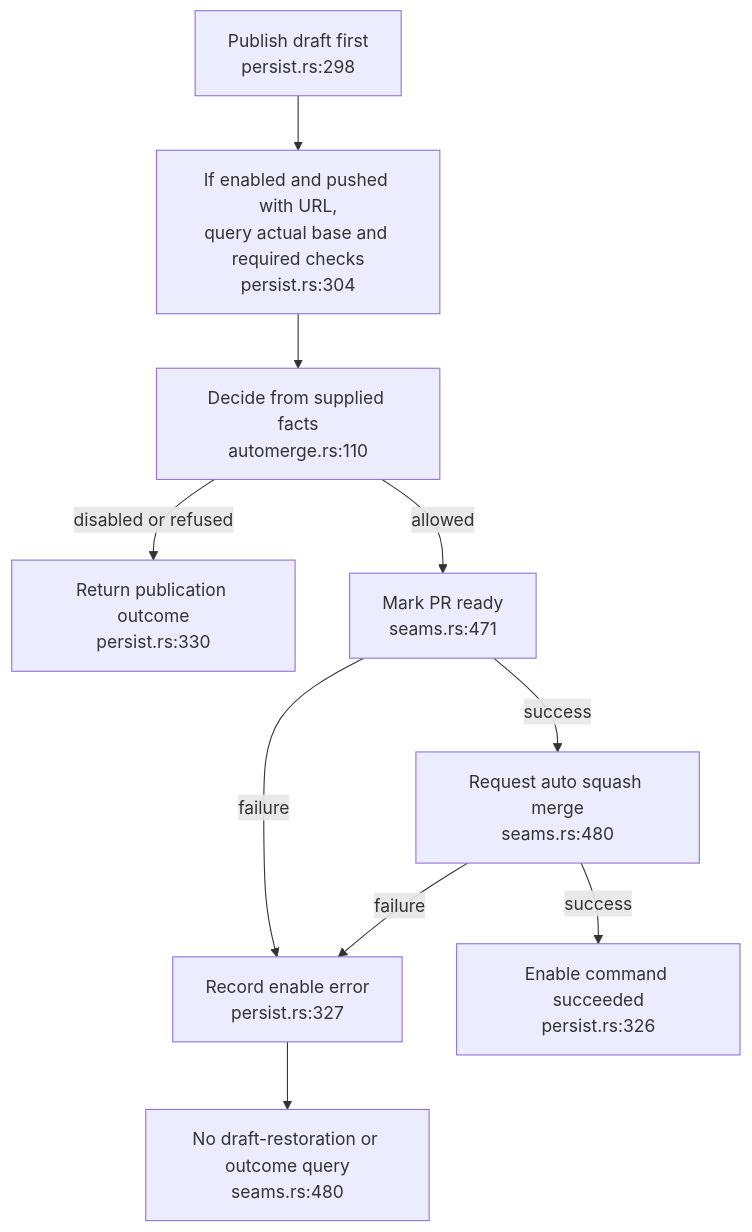
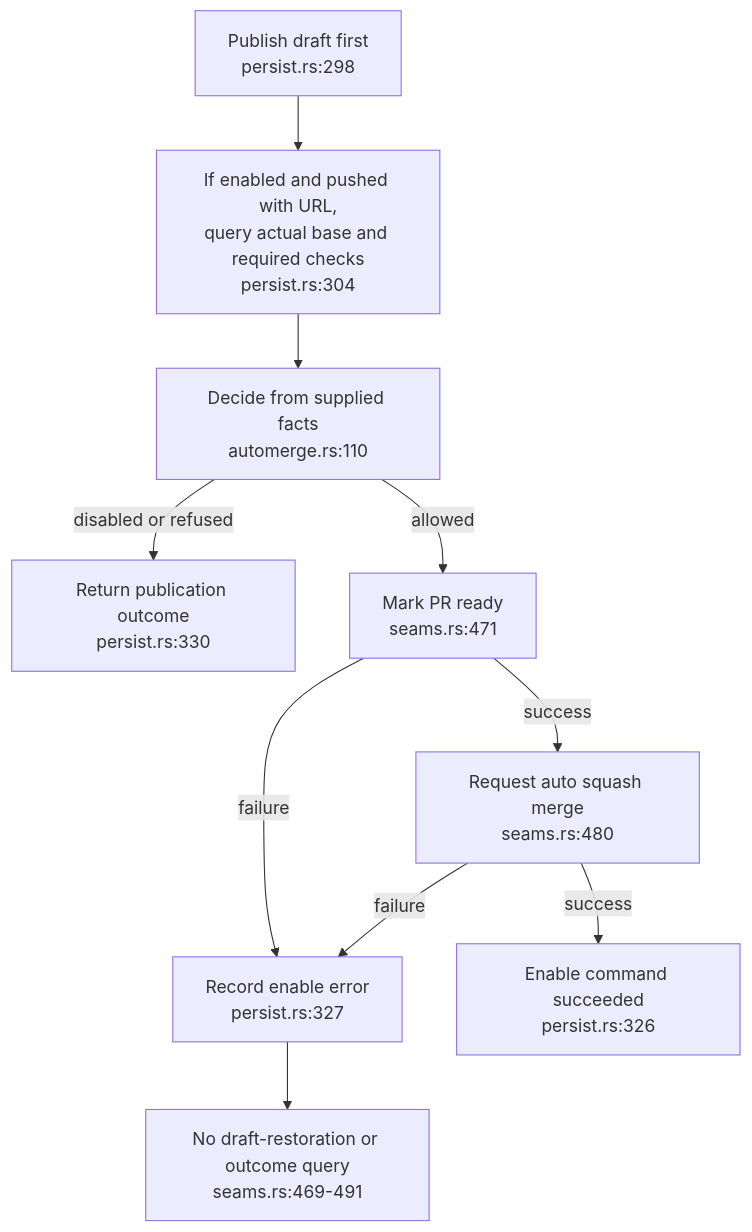
One commit to DreamLab-AI/VisionFlow changed the second of 3 diagrams in docs/diagrams/dream-engine/04-forge-and-seam-contracts.md. Above: the diagram before and after it, drawn with Mermaid. The commit also changed 48 other files, not shown here.

Commit message:
docs: reconcile estate repairs and first diagram refresh batch

````diff
--- a/docs/diagrams/dream-engine/04-forge-and-seam-contracts.md
+++ b/docs/diagrams/dream-engine/04-forge-and-seam-contracts.md
@@ -43,12 +43,12 @@
 ```mermaid
 flowchart TB
     PUBLISH["Publish draft first<br/>persist.rs:298"] --> FACTS["If enabled and pushed with URL,<br/>query actual base and required checks<br/>persist.rs:304"]
     FACTS --> DECIDE["Decide from supplied facts<br/>automerge.rs:110"]
     DECIDE -->|"disabled or refused"| KEEP["Return publication outcome<br/>persist.rs:330"]
     DECIDE -->|"allowed"| READY["Mark PR ready<br/>seams.rs:471"]
     READY -->|"success"| MERGE["Request auto squash merge<br/>seams.rs:480"]
     READY -->|"failure"| ERROR["Record enable error<br/>persist.rs:327"]
     MERGE -->|"failure"| ERROR
     MERGE -->|"success"| ENABLED["Enable command succeeded<br/>persist.rs:326"]
-    ERROR --> STATE["No draft-restoration or outcome query<br/>seams.rs:480"]
+    ERROR --> STATE["No draft-restoration or outcome query<br/>seams.rs:469-491"]
 ```
````
